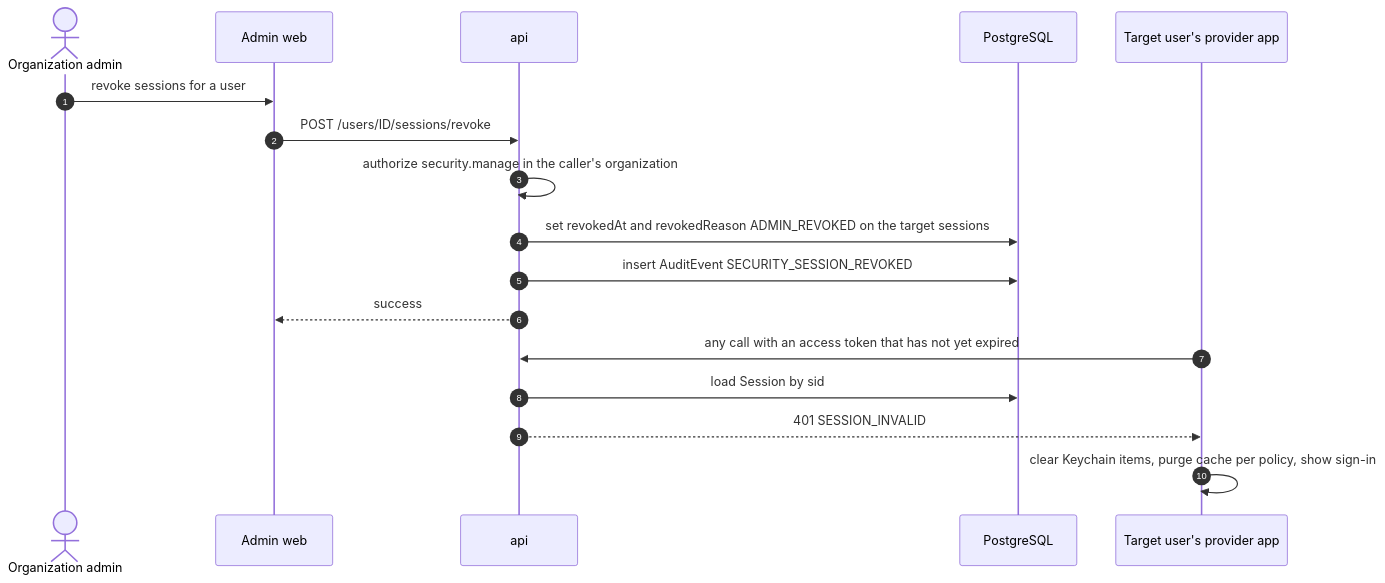
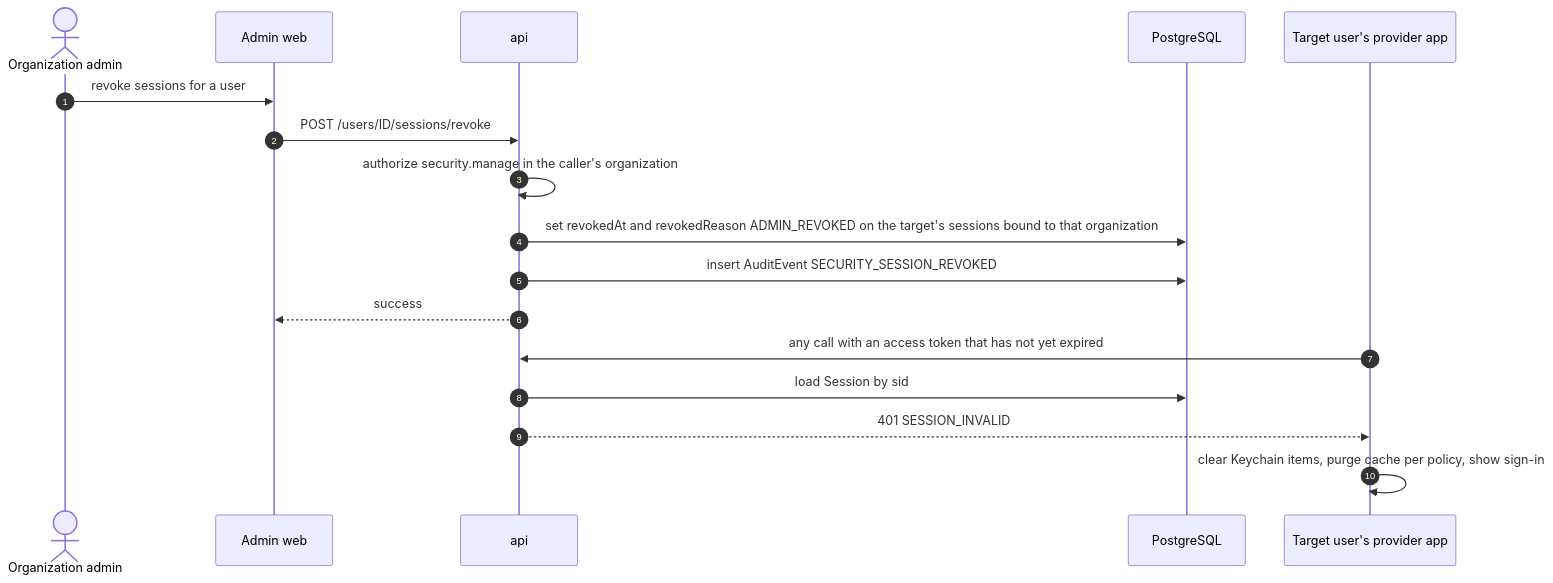
The fifth of 6 diagrams in docs/AUTHENTICATION_ARCHITECTURE.md (cgibson24/Aestara), drawn with Mermaid before and after one commit. The commit also changed other lines of this file and 73 other files, not shown here.

````diff
--- a/docs/AUTHENTICATION_ARCHITECTURE.md
+++ b/docs/AUTHENTICATION_ARCHITECTURE.md
@@ -279,19 +312,19 @@
 ```mermaid
 sequenceDiagram
   autonumber
   actor Admin as Organization admin
   participant W as Admin web
   participant A as api
   participant D as PostgreSQL
   participant P as Target user's provider app
   Admin->>W: revoke sessions for a user
   W->>A: POST /users/ID/sessions/revoke
   A->>A: authorize security.manage in the caller's organization
-  A->>D: set revokedAt and revokedReason ADMIN_REVOKED on the target sessions
+  A->>D: set revokedAt and revokedReason ADMIN_REVOKED on the target's sessions bound to that organization
   A->>D: insert AuditEvent SECURITY_SESSION_REVOKED
   A-->>W: success
   P->>A: any call with an access token that has not yet expired
   A->>D: load Session by sid
   A-->>P: 401 SESSION_INVALID
   P->>P: clear Keychain items, purge cache per policy, show sign-in
 ```
````
